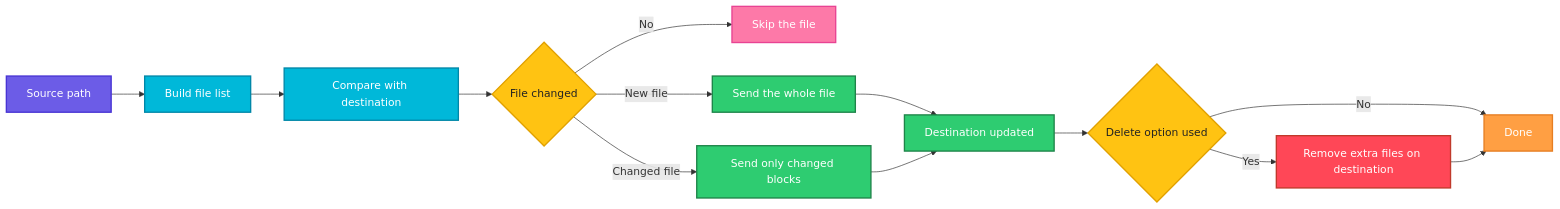
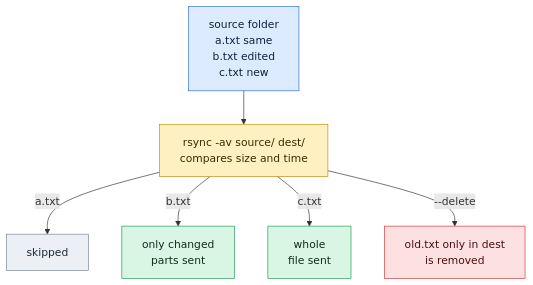
Before and after one commit to codeKerdosTech/DevOps-Documentation: the diagram in linux/file-management/rsync.md, drawn with Mermaid. The commit also changed other lines of this file and 165 other files, not shown here.

Commit message:
updated diagrams in linux

````diff
--- a/linux/file-management/rsync.md
+++ b/linux/file-management/rsync.md
@@ -25,29 +25,18 @@
 ```mermaid
-flowchart LR
-    A[Source path] --> B[Build file list]
-    B --> C[Compare with destination]
-    C --> D{File changed}
-    D -->|No| E[Skip the file]
-    D -->|New file| F[Send the whole file]
-    D -->|Changed file| G[Send only changed blocks]
-    F --> H[Destination updated]
-    G --> H
-    H --> I{Delete option used}
-    I -->|Yes| J[Remove extra files on destination]
-    I -->|No| K[Done]
-    J --> K
-    classDef start fill:#6C5CE7,stroke:#4834D4,stroke-width:2px,color:#fff
-    classDef proc fill:#00B8D9,stroke:#0087A8,stroke-width:2px,color:#fff
-    classDef dec fill:#FFC312,stroke:#E1A100,stroke-width:2px,color:#222
-    classDef ok fill:#2ECC71,stroke:#1E8449,stroke-width:2px,color:#fff
-    classDef err fill:#FF4757,stroke:#C0392B,stroke-width:2px,color:#fff
-    classDef out fill:#FD79A8,stroke:#E84393,stroke-width:2px,color:#fff
-    classDef alt fill:#FF9F43,stroke:#E67E22,stroke-width:2px,color:#fff
-    class A start
-    class B,C proc
-    class D,I dec
-    class E out
-    class F,G,H ok
-    class J err
-    class K alt
+flowchart TD
+    i1[source folder<br/>a.txt same<br/>b.txt edited<br/>c.txt new] --> c1[rsync -av source/ dest/<br/>compares size and time]
+    c1 -->|a.txt| n1[skipped]
+    c1 -->|b.txt| o1[only changed<br/>parts sent]
+    c1 -->|c.txt| o2[whole<br/>file sent]
+    c1 -->|--delete| x1[old.txt only in dest<br/>is removed]
+    classDef inp fill:#DCEBFF,stroke:#2F6FDE,color:#10213F
+    classDef cmd fill:#FFF0C2,stroke:#C98A00,color:#3A2A00
+    classDef out fill:#D9F5E3,stroke:#1F9D55,color:#0B2E1A
+    classDef bad fill:#FDE0E0,stroke:#D13B3B,color:#4A0F0F
+    classDef note fill:#ECEFF3,stroke:#7B8794,color:#1F2933
+    class i1 inp
+    class c1 cmd
+    class n1 note
+    class o1,o2 out
+    class x1 bad
 ```
````
